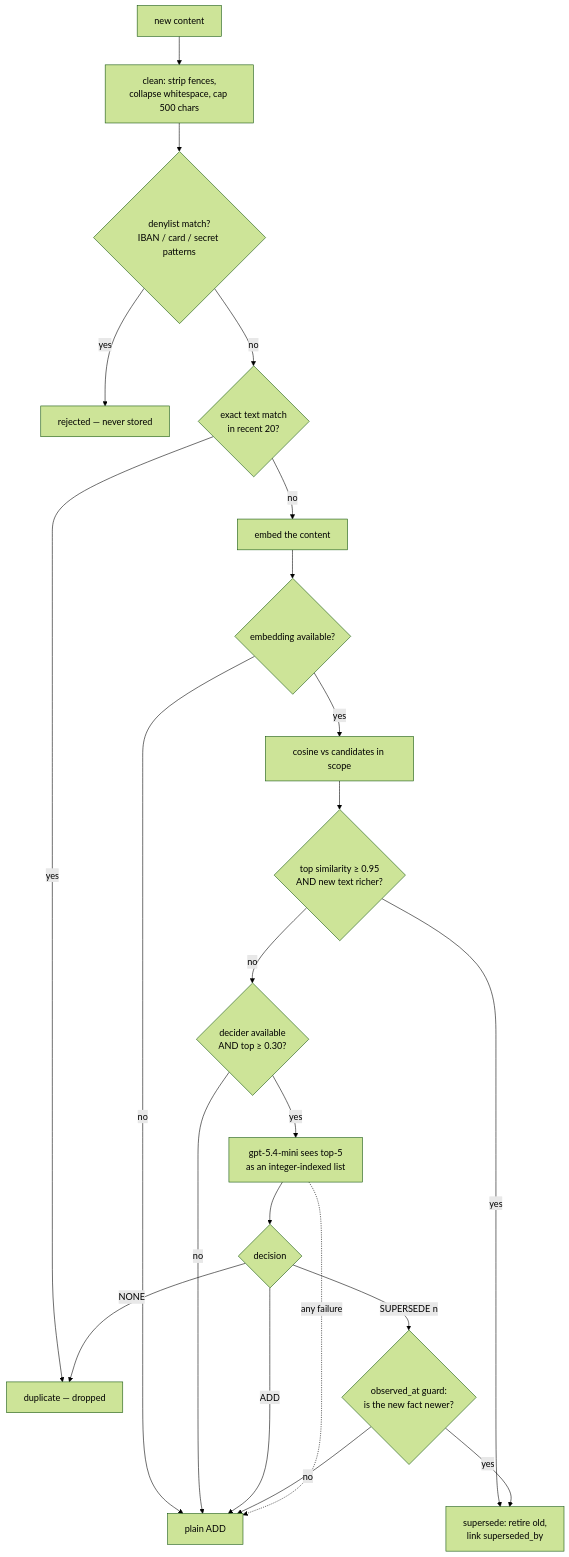
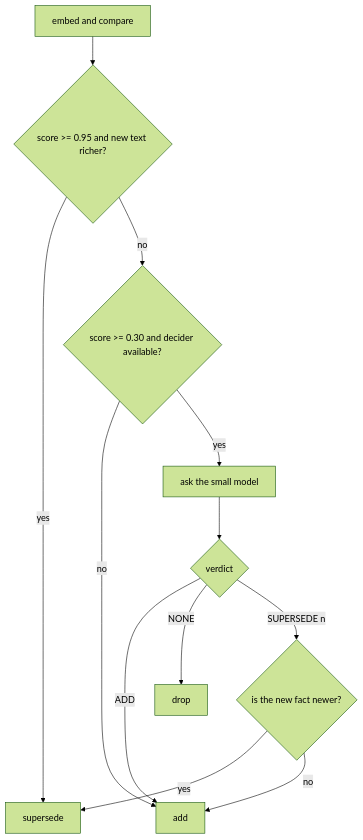
The fourth of 10 diagrams in docs/agent-memory/ARCHITECTURE.md (ap05-epic/agent-memory-prototype), drawn with Mermaid (forest theme) before and after one commit. The commit also changed other lines of this file, not shown here.

First line of the commit message:
Fix and simplify the architecture diagrams

````diff
--- a/docs/agent-memory/ARCHITECTURE.md
+++ b/docs/agent-memory/ARCHITECTURE.md
@@ -106,24 +122,14 @@
 ```mermaid
 flowchart TD
-    A["new content"] --> B["clean: strip fences,<br/>collapse whitespace, cap 500 chars"]
-    B --> C{"denylist match?<br/>IBAN / card / secret patterns"}
-    C -- yes --> R1["rejected — never stored"]
-    C -- no --> D{"exact text match<br/>in recent 20?"}
-    D -- yes --> R2["duplicate — dropped"]
-    D -- no --> E["embed the content"]
-    E --> F{"embedding available?"}
-    F -- no --> ADD["plain ADD"]
-    F -- yes --> G["cosine vs candidates in scope"]
-    G --> H{"top similarity ≥ 0.95<br/>AND new text richer?"}
-    H -- yes --> SUP["supersede: retire old,<br/>link superseded_by"]
-    H -- no --> I{"decider available<br/>AND top ≥ 0.30?"}
-    I -- no --> ADD
-    I -- yes --> J["gpt-5.4-mini sees top-5<br/>as an integer-indexed list"]
-    J --> K{"decision"}
-    K -- ADD --> ADD
-    K -- NONE --> R2
-    K -- "SUPERSEDE n" --> L{"observed_at guard:<br/>is the new fact newer?"}
-    L -- yes --> SUP
-    L -- no --> ADD
-    J -. any failure .-> ADD
+    E[embed and compare] --> F{"score >= 0.95 and new text richer?"}
+    F -->|yes| SUP[supersede]
+    F -->|no| G{"score >= 0.30 and decider available?"}
+    G -->|no| ADD[add]
+    G -->|yes| H[ask the small model]
+    H --> I{verdict}
+    I -->|ADD| ADD
+    I -->|NONE| DROP[drop]
+    I -->|SUPERSEDE n| J{is the new fact newer?}
+    J -->|yes| SUP
+    J -->|no| ADD
 ```
````
